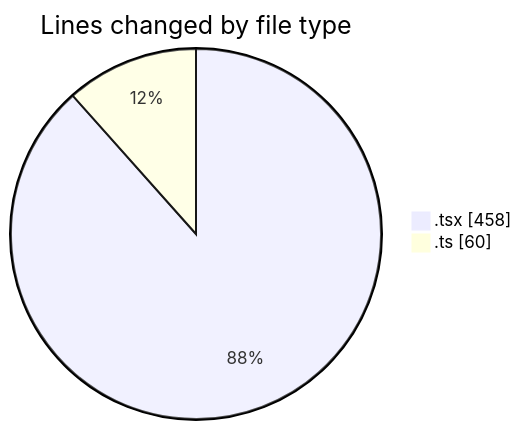
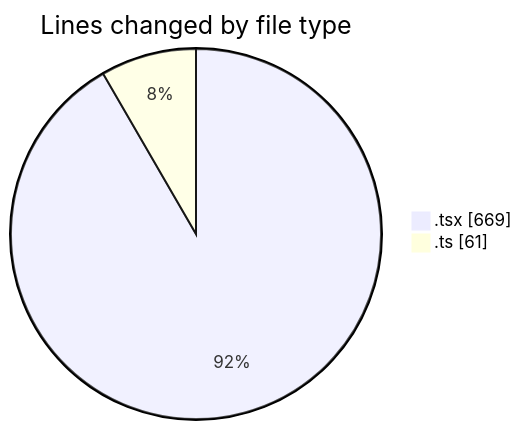
The first of 2 diagrams in 2025-11-18/eventscop-frontend-guide__workspace_/README.md (julien-gomy/code-tracking), drawn with Mermaid before and after one commit. The commit also changed other lines of this file and 1 other file, not shown here.

````diff
--- a/2025-11-18/eventscop-frontend-guide__workspace_/README.md
+++ b/2025-11-18/eventscop-frontend-guide__workspace_/README.md
@@ -27,6 +27,6 @@
 ```mermaid
 pie showData
 title Lines changed by file type
-".tsx" : 458
-".ts" : 60
+".tsx" : 669
+".ts" : 61
 ```
````
